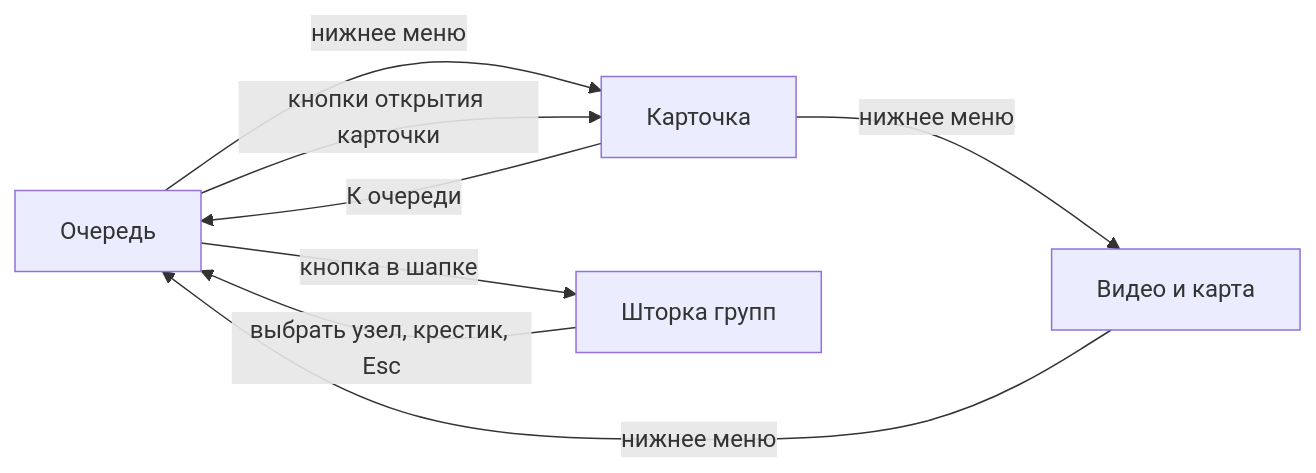
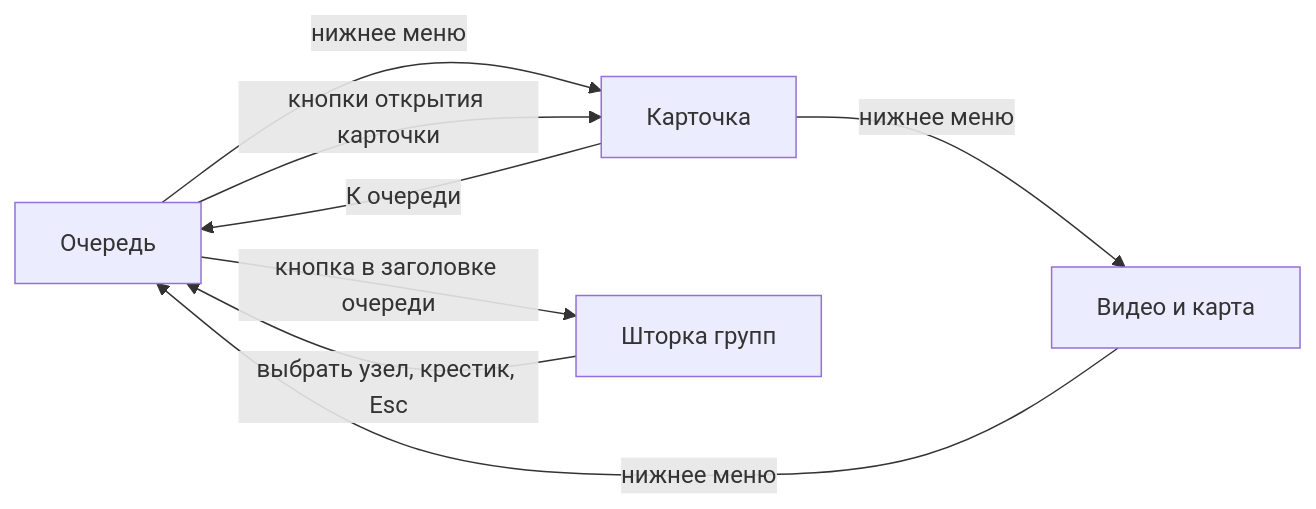
The fifth of 5 diagrams in Specification/Interface/SITEMAP.md (soulhome2/IM), drawn with Mermaid before and after one commit. The commit also changed other lines of this file and 6 other files, not shown here.

First line of the commit message:
Прототип: кнопка панели групп — в заголовке очереди, слева от «Очередь»

````diff
--- a/Specification/Interface/SITEMAP.md
+++ b/Specification/Interface/SITEMAP.md
@@ -287,10 +287,10 @@
 ```mermaid
 flowchart LR
   Q["Очередь"] -- "нижнее меню" --> C["Карточка"]
   C -- "нижнее меню" --> V["Видео и карта"]
   V -- "нижнее меню" --> Q
-  Q -- "кнопка в шапке" --> G["Шторка групп"]
+  Q -- "кнопка в заголовке очереди" --> G["Шторка групп"]
   G -- "выбрать узел, крестик, Esc" --> Q
   Q -- "кнопки открытия карточки" --> C
   C -- "К очереди" --> Q
 ```
````
